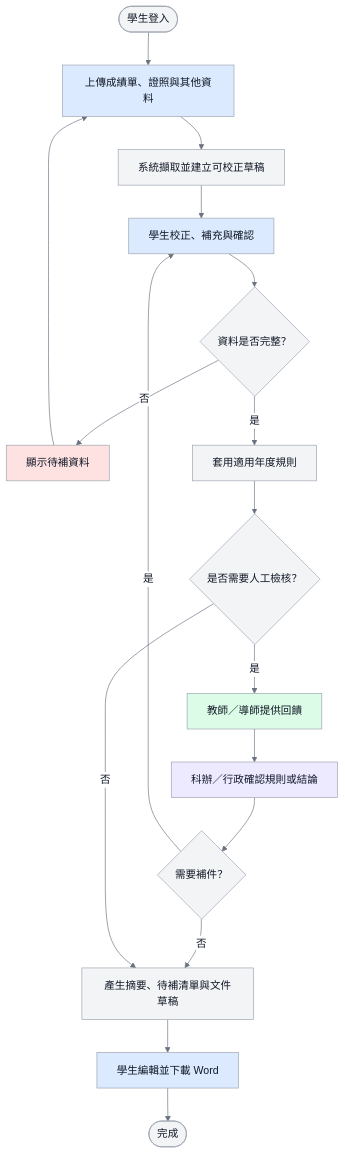
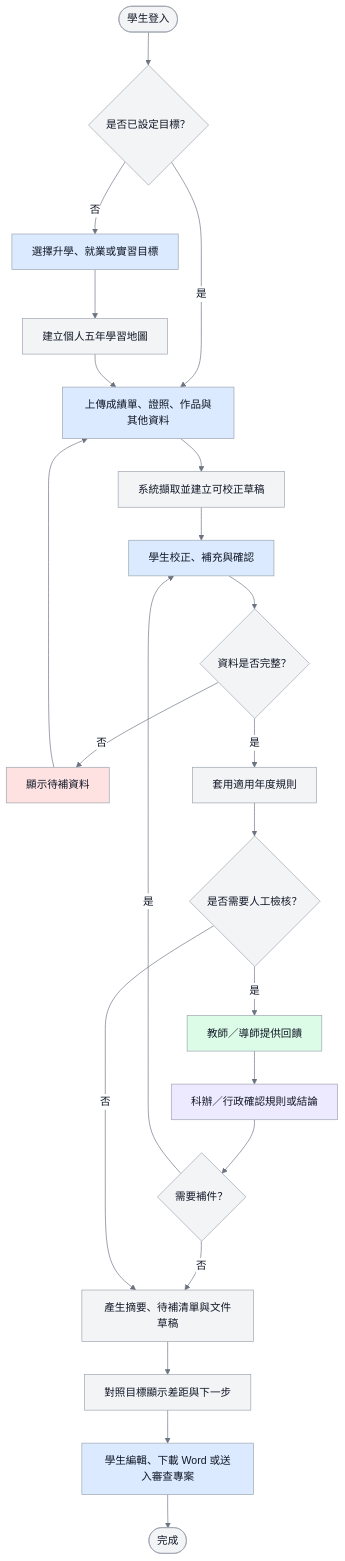
Before and after one commit to vujhdcusa/1028: the diagram in docs/images/D-10-midterm-core-flow.mmd, drawn with Mermaid. The commit also changed 5 other files, not shown here.

```diff
--- a/docs/images/D-10-midterm-core-flow.mmd
+++ b/docs/images/D-10-midterm-core-flow.mmd
@@ -1,24 +1,29 @@
 %%{init: {'theme':'base','themeVariables': {'fontFamily':'Microsoft JhengHei, Noto Sans TC, Arial, sans-serif','primaryColor':'#F3F4F6','primaryTextColor':'#111827','primaryBorderColor':'#9CA3AF','lineColor':'#6B7280','edgeLabelBackground':'#FFFFFF'}}}%%
 flowchart TD
     classDef student fill:#DBEAFE,stroke:#9CA3AF,color:#111827,stroke-width:1px;
     classDef system fill:#F3F4F6,stroke:#9CA3AF,color:#111827,stroke-width:1px;
     classDef teacher fill:#DCFCE7,stroke:#9CA3AF,color:#111827,stroke-width:1px;
     classDef staff fill:#EDE9FE,stroke:#9CA3AF,color:#111827,stroke-width:1px;
     classDef alert fill:#FEE2E2,stroke:#9CA3AF,color:#111827,stroke-width:1px;
 
-    Start([學生登入]) --> Upload[上傳成績單、證照與其他資料]:::student
+    Start([學生登入]) --> Goal{是否已設定目標？}
+    Goal -- 否 --> Choose[選擇升學、就業或實習目標]:::student
+    Choose --> Map[建立個人五年學習地圖]:::system
+    Goal -- 是 --> Upload
+    Map --> Upload[上傳成績單、證照、作品與其他資料]:::student
     Upload --> Extract[系統擷取並建立可校正草稿]:::system
     Extract --> Confirm[學生校正、補充與確認]:::student
     Confirm --> Complete{資料是否完整？}
     Complete -- 否 --> Missing[顯示待補資料]:::alert
     Missing --> Upload
     Complete -- 是 --> Rules[套用適用年度規則]:::system
     Rules --> Check{是否需要人工檢核？}
     Check -- 是 --> Teacher[教師／導師提供回饋]:::teacher
     Teacher --> Staff[科辦／行政確認規則或結論]:::staff
     Staff --> Fix{需要補件？}
     Fix -- 是 --> Confirm
     Fix -- 否 --> Result[產生摘要、待補清單與文件草稿]:::system
     Check -- 否 --> Result
-    Result --> Word[學生編輯並下載 Word]:::student
+    Result --> Gap[對照目標顯示差距與下一步]:::system
+    Gap --> Word[學生編輯、下載 Word 或送入審查專案]:::student
     Word --> End([完成])
```
